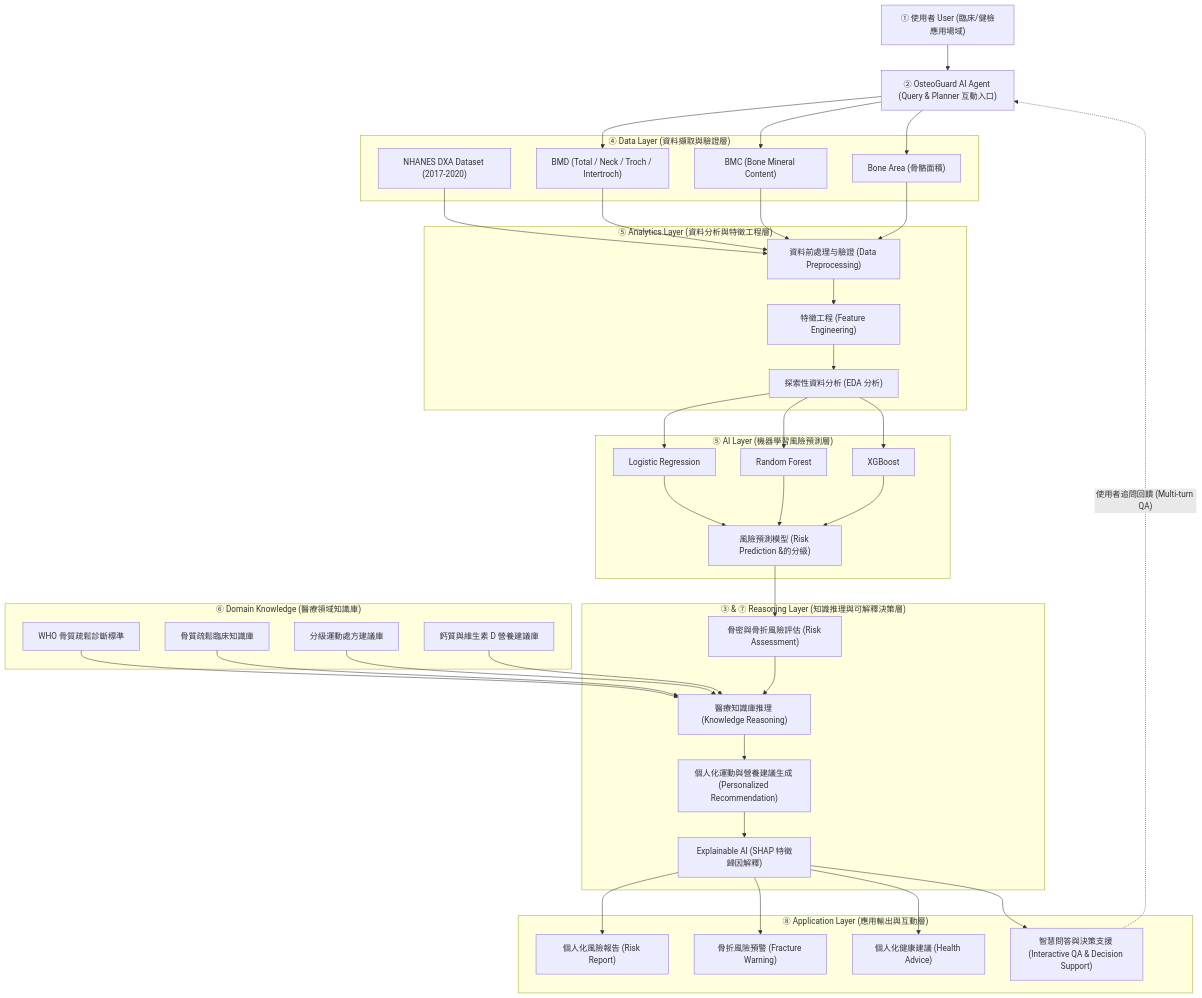
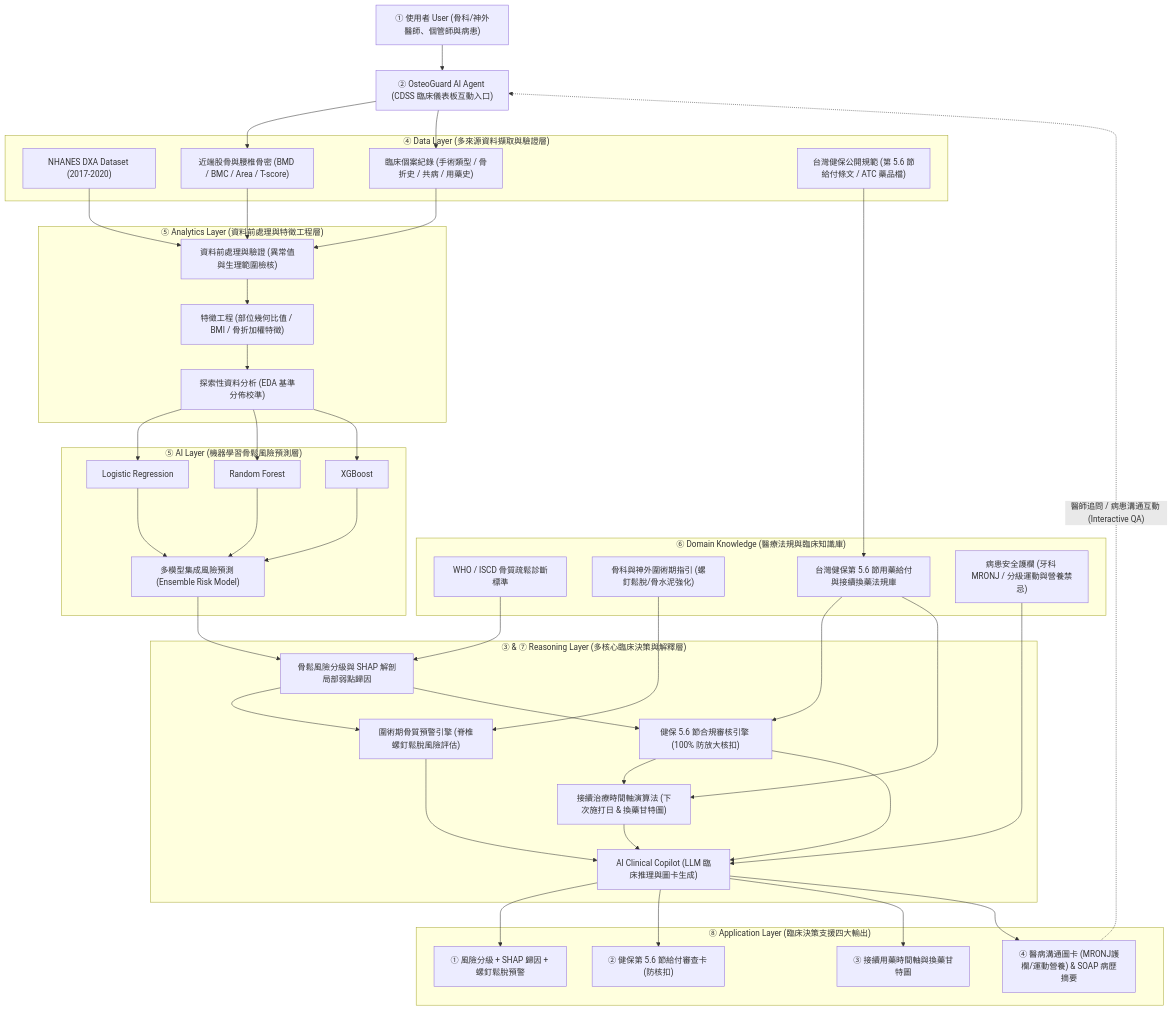
The first of 2 diagrams in PROPOSAL.md (contemplator/nchu-bone-health-agent), drawn with Mermaid before and after one commit. The commit also changed other lines of this file and 2 other files, not shown here.

````diff
--- a/PROPOSAL.md
+++ b/PROPOSAL.md
@@ -219,56 +229,56 @@
 ```mermaid
 flowchart TD
 
-A["① 使用者 User (臨床/健檢應用場域)"] --> B["② OsteoGuard AI Agent (Query & Planner 互動入口)"]
+A["① 使用者 User (骨科/神外醫師、個管師與病患)"] --> B["② OsteoGuard AI Agent (CDSS 臨床儀表板互動入口)"]
 
-subgraph Data_Layer ["④ Data Layer (資料擷取與驗證層)"]
+subgraph Data_Layer ["④ Data Layer (多來源資料擷取與驗證層)"]
 C["NHANES DXA Dataset (2017-2020)"]
-D["BMD (Total / Neck / Troch / Intertroch)"]
-E["BMC (Bone Mineral Content)"]
-F["Bone Area (骨骼面積)"]
+D["近端股骨與腰椎骨密 (BMD / BMC / Area / T-score)"]
+E["臨床個案紀錄 (手術類型 / 骨折史 / 共病 / 用藥史)"]
+F["台灣健保公開規範 (第 5.6 節給付條文 / ATC 藥品檔)"]
 end
 
-subgraph Analytics_Layer ["⑤ Analytics Layer (資料分析與特徵工程層)"]
-G["資料前處理与驗證 (Data Preprocessing)"]
-H["特徵工程 (Feature Engineering)"]
-I["探索性資料分析 (EDA 分析)"]
+subgraph Analytics_Layer ["⑤ Analytics Layer (資料前處理與特徵工程層)"]
+G["資料前處理與驗證 (異常值與生理範圍檢核)"]
+H["特徵工程 (部位幾何比值 / BMI / 骨折加權特徵)"]
+I["探索性資料分析 (EDA 基準分佈校準)"]
 end
 
-subgraph AI_Layer ["⑤ AI Layer (機器學習風險預測層)"]
+subgraph AI_Layer ["⑤ AI Layer (機器學習骨鬆風險預測層)"]
 J["Logistic Regression"]
 K["Random Forest"]
 L["XGBoost"]
-M["風險預測模型 (Risk Prediction &的分級)"]
+M["多模型集成風險預測 (Ensemble Risk Model)"]
 end
 
-subgraph Domain_Knowledge ["⑥ Domain Knowledge (醫療領域知識庫)"]
-N["WHO 骨質疏鬆診斷標準"]
-O["骨質疏鬆臨床知識庫"]
-P["分級運動處方建議庫"]
-Q["鈣質與維生素 D 營養建議庫"]
+subgraph Domain_Knowledge ["⑥ Domain Knowledge (醫療法規與臨床知識庫)"]
+N["WHO / ISCD 骨質疏鬆診斷標準"]
+O["骨科與神外圍術期指引 (螺釘鬆脫/骨水泥強化)"]
+P["台灣健保第 5.6 節用藥給付與接續換藥法規庫"]
+Q["病患安全護欄 (牙科 MRONJ / 分級運動與營養禁忌)"]
 end
 
-subgraph Reasoning_Layer ["③ & ⑦ Reasoning Layer (知識推理與可解釋決策層)"]
-R["骨密與骨折風險評估 (Risk Assessment)"]
-S["醫療知識庫推理 (Knowledge Reasoning)"]
-T["個人化運動與營養建議生成 (Personalized Recommendation)"]
-U["Explainable AI (SHAP 特徵歸因解釋)"]
+subgraph Reasoning_Layer ["③ & ⑦ Reasoning Layer (多核心臨床決策與解釋層)"]
+R["骨鬆風險分級與 SHAP 解剖局部弱點歸因"]
+S["圍術期骨質預警引擎 (脊椎螺釘鬆脫風險評估)"]
+T["健保 5.6 節合規審核引擎 (100% 防放大核扣)"]
+U["接續治療時間軸演算法 (下次施打日 & 換藥甘特圖)"]
+V["AI Clinical Copilot (LLM 臨床推理與圖卡生成)"]
 end
 
-subgraph Application_Layer ["⑧ Application Layer (應用輸出與互動層)"]
-V["個人化風險報告 (Risk Report)"]
-W["骨折風險預警 (Fracture Warning)"]
-X["個人化健康建議 (Health Advice)"]
-Y["智慧問答與決策支援 (Interactive QA & Decision Support)"]
+subgraph Application_Layer ["⑧ Application Layer (臨床決策支援四大輸出)"]
+W1["① 風險分級 + SHAP 歸因 + 螺釘鬆脫預警"]
+W2["② 健保第 5.6 節給付審查卡 (防核扣)"]
+W3["③ 接續用藥時間軸與換藥甘特圖"]
+W4["④ 醫病溝通圖卡 (MRONJ護欄/運動營養) & SOAP 病歷摘要"]
 end
 
 B --> D
 B --> E
-B --> F
 C --> G
 D --> G
 E --> G
-F --> G
+F --> P
 
 G --> H --> I
 I --> J
@@ -280,16 +290,22 @@
 L --> M
 
 M --> R
-N --> S
+N --> R
 O --> S
-P --> S
-Q --> S
+P --> T
+P --> U
+Q --> V
 
-R --> S --> T --> U
+R --> S
+R --> T
+T --> U
+S --> V
+T --> V
+U --> V
 
-U --> V
-U --> W
-U --> X
-U --> Y
-Y -. "使用者追問回饋 (Multi-turn QA)" .-> B
+V --> W1
+V --> W2
+V --> W3
+V --> W4
+W4 -. "醫師追問 / 病患溝通互動 (Interactive QA)" .-> B
 ```
````
